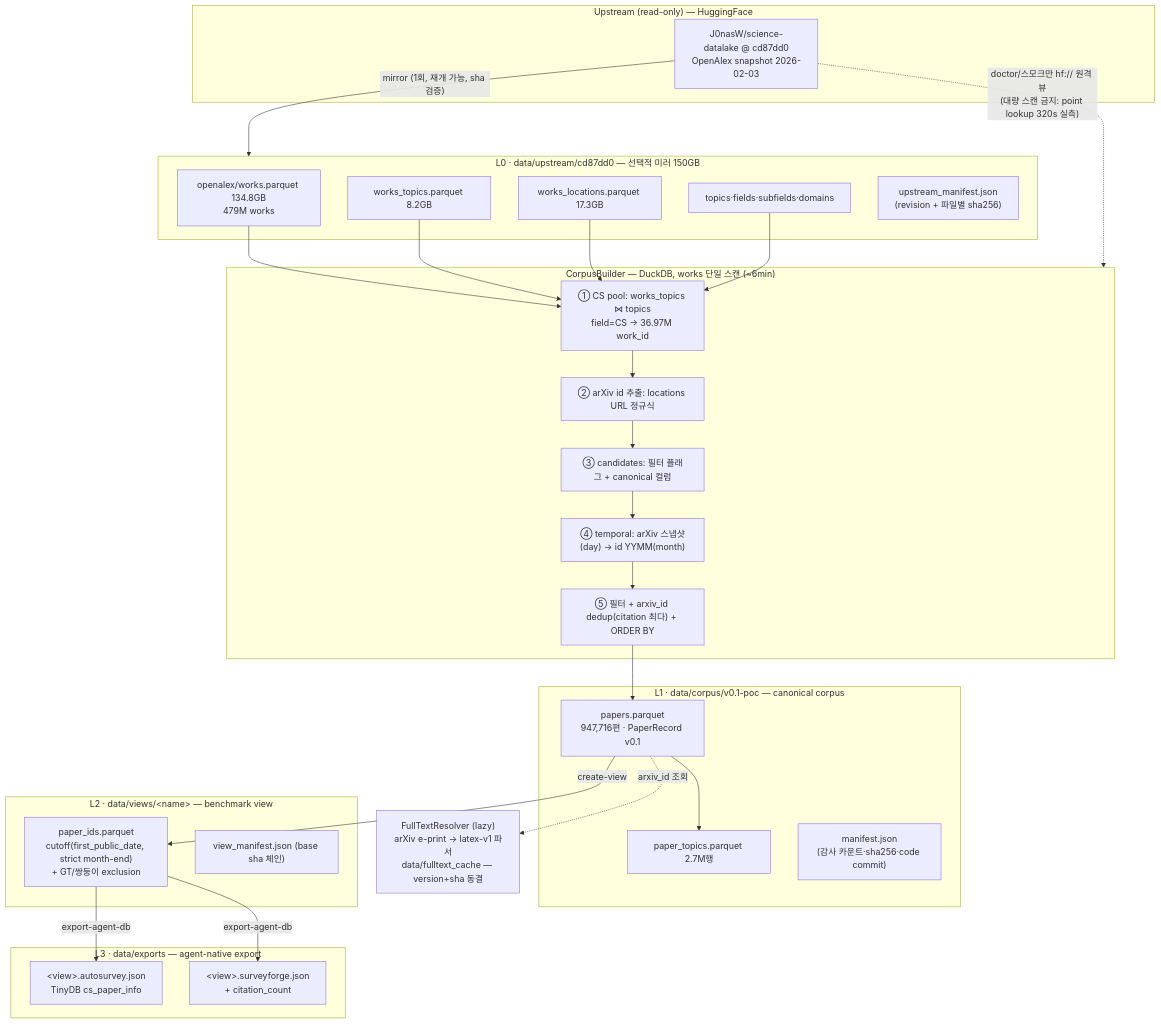
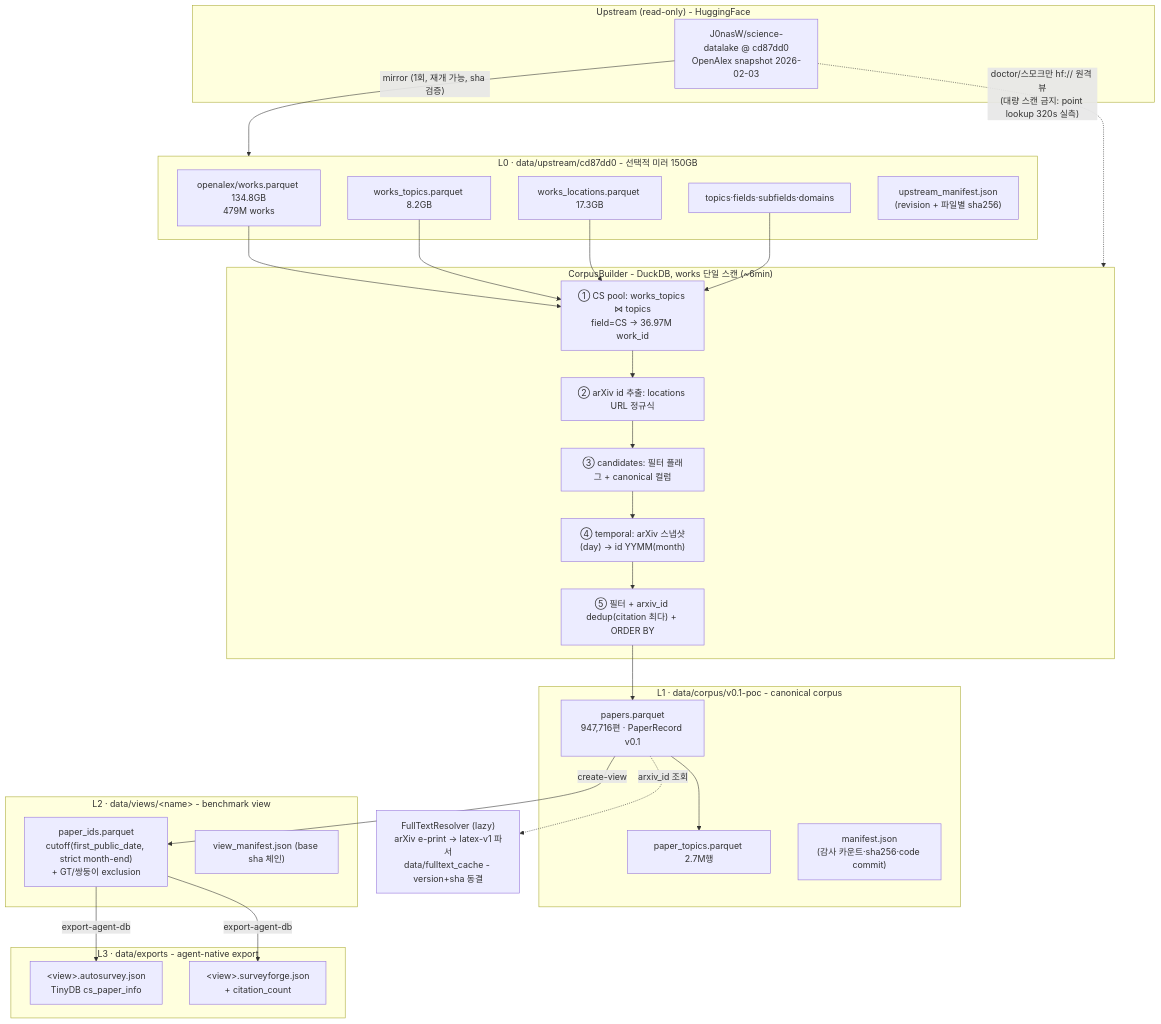
One commit to brian-223134/asg-common-corpus changed the first of 2 diagrams in README.md. Above: the diagram before and after it, drawn with Mermaid. The commit also changed other lines of this file, not shown here.

Commit message:
docs: mermaid 단계별 한 줄 설명 추가, 긴 하이픈 기호 제거

````diff
--- a/README.md
+++ b/README.md
@@ -122,48 +122,48 @@
 ```mermaid
 flowchart TB
-    subgraph UP["Upstream (read-only) — HuggingFace"]
+    subgraph UP["Upstream (read-only) - HuggingFace"]
         HF["J0nasW/science-datalake @ cd87dd0<br/>OpenAlex snapshot 2026-02-03"]
     end
 
-    subgraph L0["L0 · data/upstream/cd87dd0 — 선택적 미러 150GB"]
+    subgraph L0["L0 · data/upstream/cd87dd0 - 선택적 미러 150GB"]
         W["openalex/works.parquet 134.8GB<br/>479M works"]
         WT["works_topics.parquet 8.2GB"]
         WL["works_locations.parquet 17.3GB"]
         TP["topics·fields·subfields·domains"]
         UM["upstream_manifest.json<br/>(revision + 파일별 sha256)"]
     end
 
-    subgraph BUILD["CorpusBuilder — DuckDB, works 단일 스캔 (~6min)"]
+    subgraph BUILD["CorpusBuilder - DuckDB, works 단일 스캔 (~6min)"]
         S1["① CS pool: works_topics ⋈ topics<br/>field=CS → 36.97M work_id"]
         S2["② arXiv id 추출: locations URL 정규식"]
         S3["③ candidates: 필터 플래그 + canonical 컬럼"]
         S4["④ temporal: arXiv 스냅샷(day) → id YYMM(month)"]
         S5["⑤ 필터 + arxiv_id dedup(citation 최다) + ORDER BY"]
     end
 
-    subgraph L1["L1 · data/corpus/v0.1-poc — canonical corpus"]
+    subgraph L1["L1 · data/corpus/v0.1-poc - canonical corpus"]
         P["papers.parquet<br/>947,716편 · PaperRecord v0.1"]
         PT["paper_topics.parquet 2.7M행"]
         CM["manifest.json<br/>(감사 카운트·sha256·code commit)"]
     end
 
-    subgraph L2["L2 · data/views/&lt;name&gt; — benchmark view"]
+    subgraph L2["L2 · data/views/&lt;name&gt; - benchmark view"]
         V["paper_ids.parquet<br/>cutoff(first_public_date, strict month-end)<br/>+ GT/쌍둥이 exclusion"]
         VM["view_manifest.json (base sha 체인)"]
     end
 
-    subgraph L3["L3 · data/exports — agent-native export"]
+    subgraph L3["L3 · data/exports - agent-native export"]
         EA["&lt;view&gt;.autosurvey.json<br/>TinyDB cs_paper_info"]
         ES["&lt;view&gt;.surveyforge.json<br/>+ citation_count"]
     end
 
-    FT["FullTextResolver (lazy)<br/>arXiv e-print → latex-v1 파서<br/>data/fulltext_cache — version+sha 동결"]
+    FT["FullTextResolver (lazy)<br/>arXiv e-print → latex-v1 파서<br/>data/fulltext_cache - version+sha 동결"]
 
     HF -- "mirror (1회, 재개 가능, sha 검증)" --> L0
     HF -. "doctor/스모크만 hf:// 원격 뷰<br/>(대량 스캔 금지: point lookup 320s 실측)" .-> BUILD
     W & WT & WL & TP --> S1 --> S2 --> S3 --> S4 --> S5 --> P
     P --> PT
     P -- "create-view" --> V
     V -- "export-agent-db" --> EA & ES
     P -. "arxiv_id 조회" .-> FT
 ```
````
